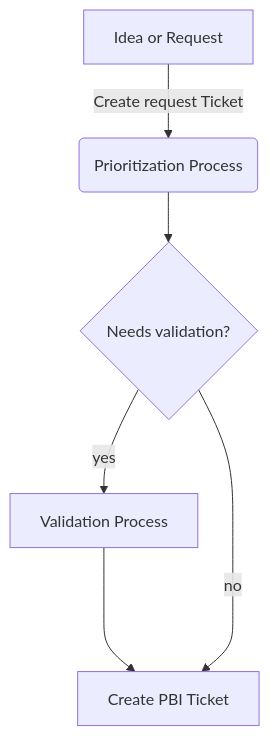
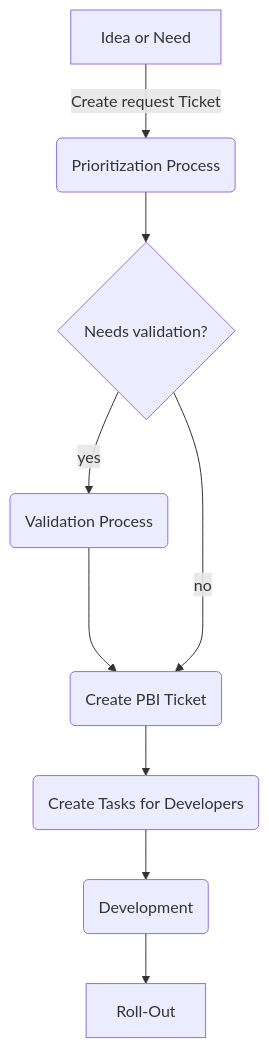
The diagram in README.md (mstaples84/dev-guidelines), drawn with Mermaid before and after one commit. The commit also changed other lines of this file and 1 other file, not shown here.

````diff
--- a/README.md
+++ b/README.md
@@ -4,8 +12,10 @@
 ```mermaid
 graph TD
-    A[Idea or Request] -->|Create request Ticket| B(Prioritization Process)
+    A[Idea or Need] -->|Create request Ticket| B(Prioritization Process)
     B --> C{Needs validation?}
-    C -->|yes| D[Validation Process] ---> E
-    C -->|no| E[Create PBI Ticket]
- 
+    C -->|yes| D(Validation Process) ---> E
+    C -->|no| E(Create PBI Ticket)
+    E --> F(Create Tasks for Developers)
+    F --> G(Development)
+    G --> H[Roll-Out]
 ```
````
